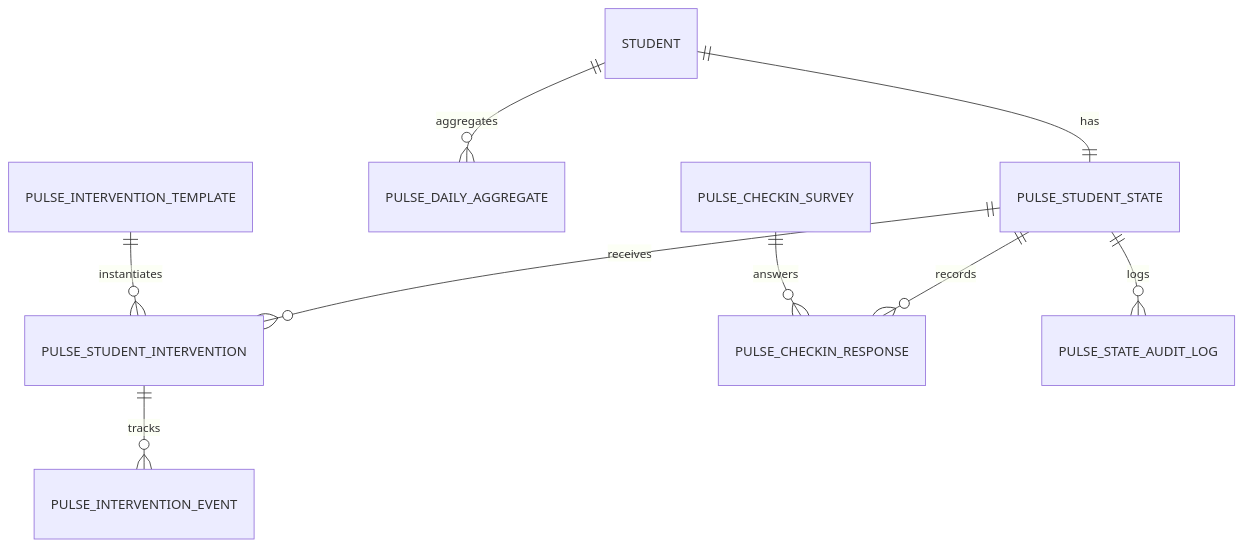
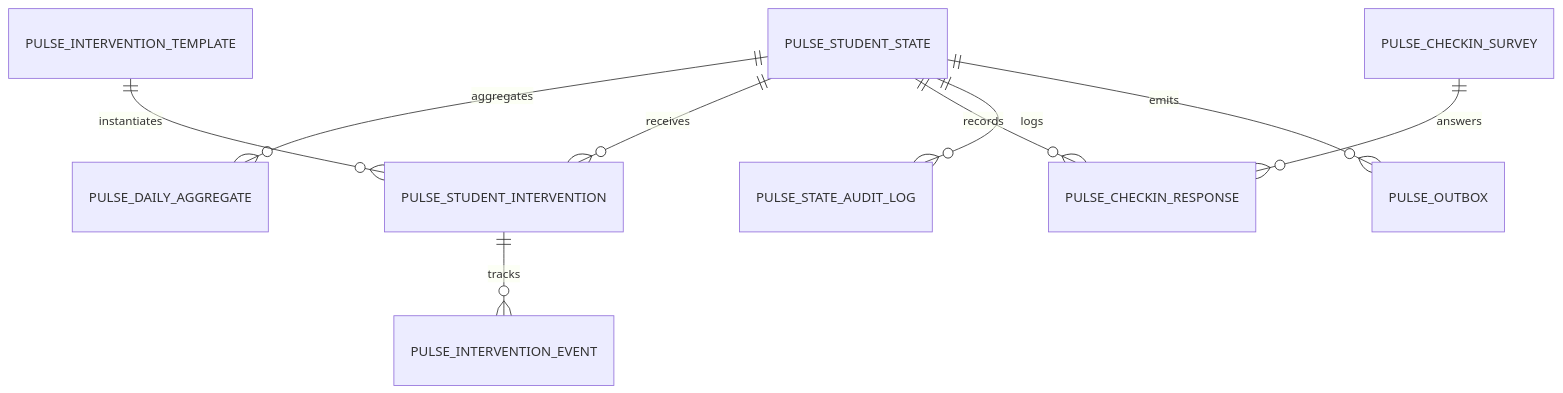
The second of 3 diagrams in docs/doping-pulse-technical-spec.md (Losdreyfedus/doping-pulse), drawn with Mermaid before and after one commit. The commit also changed other lines of this file and 8 other files, not shown here.

````diff
--- a/docs/doping-pulse-technical-spec.md
+++ b/docs/doping-pulse-technical-spec.md
@@ -61,11 +63,11 @@
 ```mermaid
 erDiagram
-    STUDENT ||--|| PULSE_STUDENT_STATE : has
-    STUDENT ||--o{ PULSE_DAILY_AGGREGATE : aggregates
+    PULSE_STUDENT_STATE ||--o{ PULSE_DAILY_AGGREGATE : aggregates
     PULSE_STUDENT_STATE ||--o{ PULSE_STUDENT_INTERVENTION : receives
     PULSE_INTERVENTION_TEMPLATE ||--o{ PULSE_STUDENT_INTERVENTION : instantiates
     PULSE_STUDENT_INTERVENTION ||--o{ PULSE_INTERVENTION_EVENT : tracks
     PULSE_STUDENT_STATE ||--o{ PULSE_CHECKIN_RESPONSE : records
     PULSE_CHECKIN_SURVEY ||--o{ PULSE_CHECKIN_RESPONSE : answers
     PULSE_STUDENT_STATE ||--o{ PULSE_STATE_AUDIT_LOG : logs
+    PULSE_STUDENT_STATE ||--o{ PULSE_OUTBOX : emits
 ```
````
